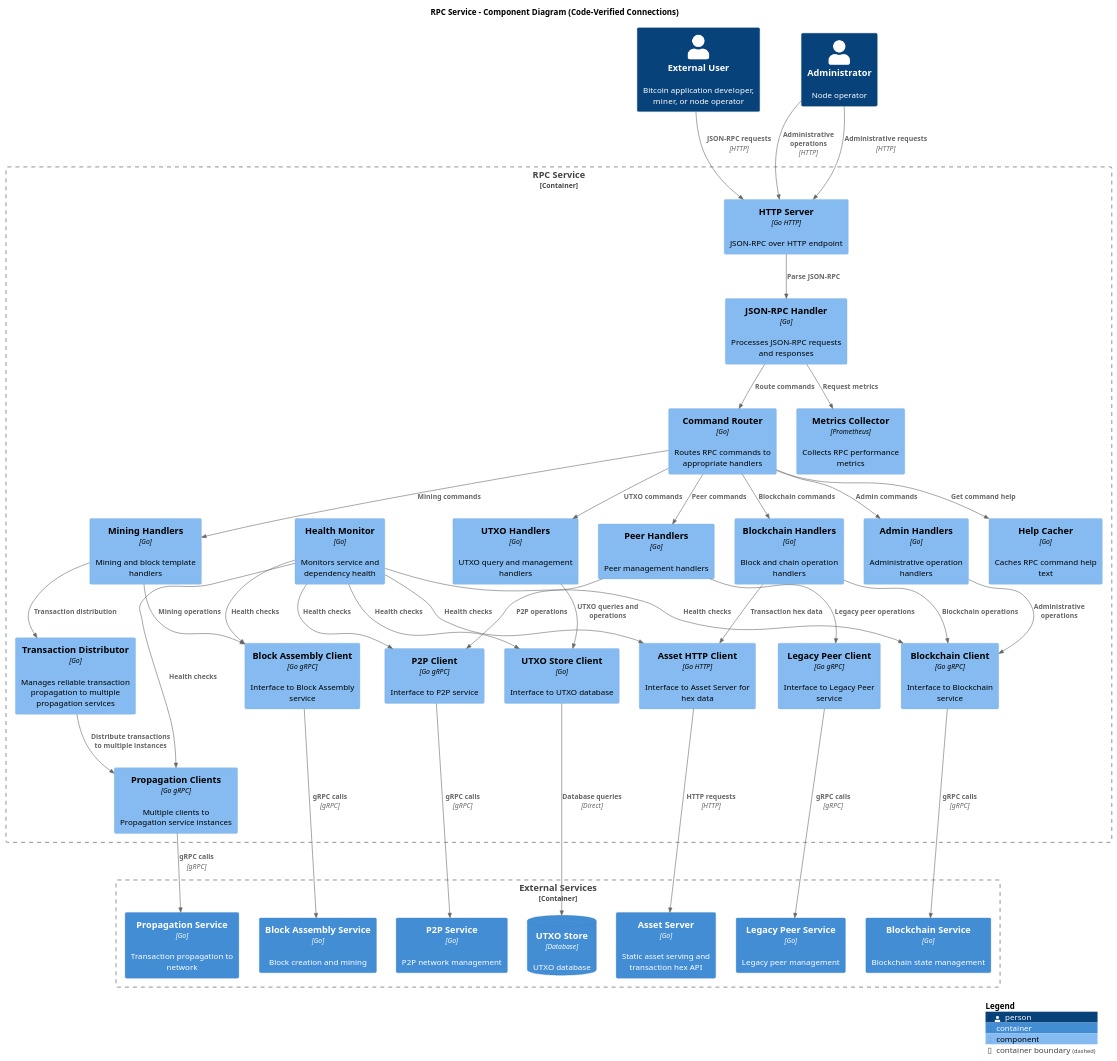
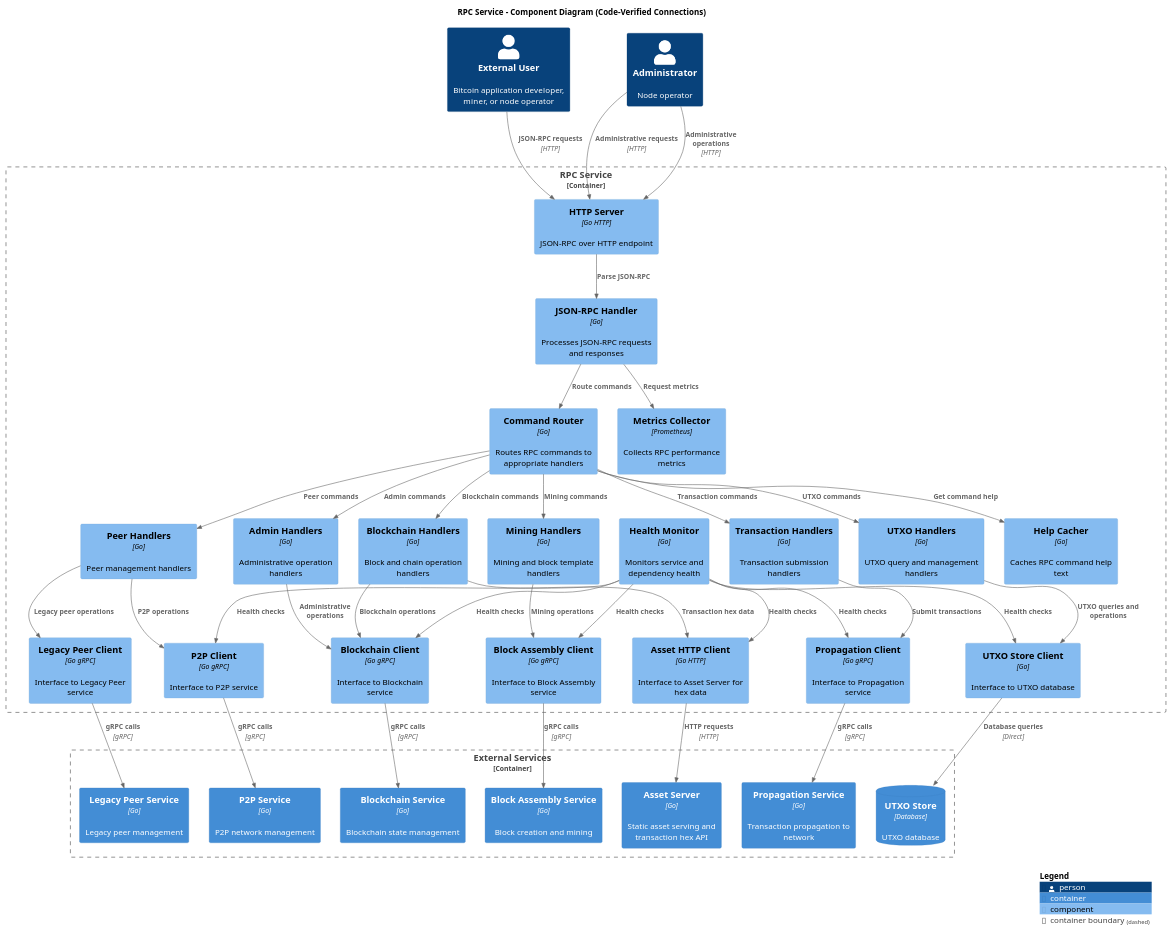
The diagram in topics/services/img/plantuml/rpc/rpc_detailed_component.puml (rid3thespiral/teranode), drawn with PlantUML before and after one commit. The commit also changed 19 other files, not shown here.

```diff
--- a/topics/services/img/plantuml/rpc/rpc_detailed_component.puml
+++ b/topics/services/img/plantuml/rpc/rpc_detailed_component.puml
@@ -23,155 +23,153 @@
 @startuml RPC_Component
 
 !include https://raw.githubusercontent.com/plantuml-stdlib/C4-PlantUML/master/C4_Component.puml
 
 title RPC Service - Component Diagram (Code-Verified Connections)
 
 Container_Boundary(rpc_service, "RPC Service") {
 
 Component(http_server, "HTTP Server", "Go HTTP", "JSON-RPC over HTTP endpoint")
 
 Component(json_rpc_handler, "JSON-RPC Handler", "Go", "Processes JSON-RPC requests and responses")
 
 Component(command_router, "Command Router", "Go", "Routes RPC commands to appropriate handlers")
 
 Component(blockchain_handlers, "Blockchain Handlers", "Go", "Block and chain operation handlers")
 
 Component(mining_handlers, "Mining Handlers", "Go", "Mining and block template handlers")
 
 Component(peer_handlers, "Peer Handlers", "Go", "Peer management handlers")
 
 Component(utxo_handlers, "UTXO Handlers", "Go", "UTXO query and management handlers")
 
 Component(admin_handlers, "Admin Handlers", "Go", "Administrative operation handlers")
 
-Component(transaction_distributor, "Transaction Distributor", "Go", "Manages reliable transaction propagation to multiple propagation services")
+Component(transaction_handlers, "Transaction Handlers", "Go", "Transaction submission handlers")
 
 Component(help_cacher, "Help Cacher", "Go", "Caches RPC command help text")
 
 Component(metrics_collector, "Metrics Collector", "Prometheus", "Collects RPC performance metrics")
 
 Component(health_monitor, "Health Monitor", "Go", "Monitors service and dependency health")
 
 Component(blockchain_client, "Blockchain Client", "Go gRPC", "Interface to Blockchain service")
 
 Component(block_assembly_client, "Block Assembly Client", "Go gRPC", "Interface to Block Assembly service")
 
 Component(p2p_client, "P2P Client", "Go gRPC", "Interface to P2P service")
 
 Component(legacy_peer_client, "Legacy Peer Client", "Go gRPC", "Interface to Legacy Peer service")
 
-Component(propagation_clients, "Propagation Clients", "Go gRPC", "Multiple clients to Propagation service instances")
+Component(propagation_client, "Propagation Client", "Go gRPC", "Interface to Propagation service")
 
 Component(utxo_store_client, "UTXO Store Client", "Go", "Interface to UTXO database")
 
 Component(asset_http_client, "Asset HTTP Client", "Go HTTP", "Interface to Asset Server for hex data")
 
 }
 
 Container_Boundary(external_services, "External Services") {
 
 Container(blockchain, "Blockchain Service", "Go", "Blockchain state management")
 
 Container(block_assembly, "Block Assembly Service", "Go", "Block creation and mining")
 
 Container(p2p_service, "P2P Service", "Go", "P2P network management")
 
 Container(legacy_peer, "Legacy Peer Service", "Go", "Legacy peer management")
 
 Container(propagation, "Propagation Service", "Go", "Transaction propagation to network")
 
 Container(asset_server, "Asset Server", "Go", "Static asset serving and transaction hex API")
 
 ContainerDb(utxo_store, "UTXO Store", "Database", "UTXO database")
 
 }
 
 Person(external_user, "External User", "Bitcoin application developer, miner, or node operator")
 
 Person(admin, "Administrator", "Node operator")
 
 ' External API interactions
 
 Rel(external_user, http_server, "JSON-RPC requests", "HTTP")
 
 Rel(admin, http_server, "Administrative requests", "HTTP")
 
 ' Request processing flow
 
 Rel(http_server, json_rpc_handler, "Parse JSON-RPC")
 
 Rel(json_rpc_handler, command_router, "Route commands")
 
 Rel(command_router, blockchain_handlers, "Blockchain commands")
 
 Rel(command_router, mining_handlers, "Mining commands")
 
 Rel(command_router, peer_handlers, "Peer commands")
 
 Rel(command_router, utxo_handlers, "UTXO commands")
 
 Rel(command_router, admin_handlers, "Admin commands")
 
+Rel(command_router, transaction_handlers, "Transaction commands")
+
 ' Handler to client interactions
 
 Rel(blockchain_handlers, blockchain_client, "Blockchain operations")
 
 Rel(mining_handlers, block_assembly_client, "Mining operations")
 
-Rel(mining_handlers, transaction_distributor, "Transaction distribution")
+Rel(transaction_handlers, propagation_client, "Submit transactions")
 
 Rel(peer_handlers, p2p_client, "P2P operations")
 
 Rel(peer_handlers, legacy_peer_client, "Legacy peer operations")
 
 Rel(utxo_handlers, utxo_store_client, "UTXO queries and operations")
 
 Rel(admin_handlers, blockchain_client, "Administrative operations")
 
 Rel(blockchain_handlers, asset_http_client, "Transaction hex data")
 
-' Transaction distribution (CODE-VERIFIED)
-
-Rel(transaction_distributor, propagation_clients, "Distribute transactions to multiple instances")
-
 ' Service client connections (CODE-VERIFIED)
 
 Rel(blockchain_client, blockchain, "gRPC calls", "gRPC")
 
 Rel(block_assembly_client, block_assembly, "gRPC calls", "gRPC")
 
 Rel(p2p_client, p2p_service, "gRPC calls", "gRPC")
 
 Rel(legacy_peer_client, legacy_peer, "gRPC calls", "gRPC")
 
-Rel(propagation_clients, propagation, "gRPC calls", "gRPC")
+Rel(propagation_client, propagation, "gRPC calls", "gRPC")
 
 Rel(utxo_store_client, utxo_store, "Database queries", "Direct")
 
 Rel(asset_http_client, asset_server, "HTTP requests", "HTTP")
 
 ' Support components
 
 Rel(command_router, help_cacher, "Get command help")
 
 Rel(json_rpc_handler, metrics_collector, "Request metrics")
 
 Rel(health_monitor, blockchain_client, "Health checks")
 
 Rel(health_monitor, block_assembly_client, "Health checks")
 
 Rel(health_monitor, p2p_client, "Health checks")
 
 Rel(health_monitor, utxo_store_client, "Health checks")
 
-Rel(health_monitor, propagation_clients, "Health checks")
+Rel(health_monitor, propagation_client, "Health checks")
 
 Rel(health_monitor, asset_http_client, "Health checks")
 
 ' Administrative access
 
 Rel(admin, http_server, "Administrative operations", "HTTP")
 
 SHOW_LEGEND()
 
 @enduml
```
